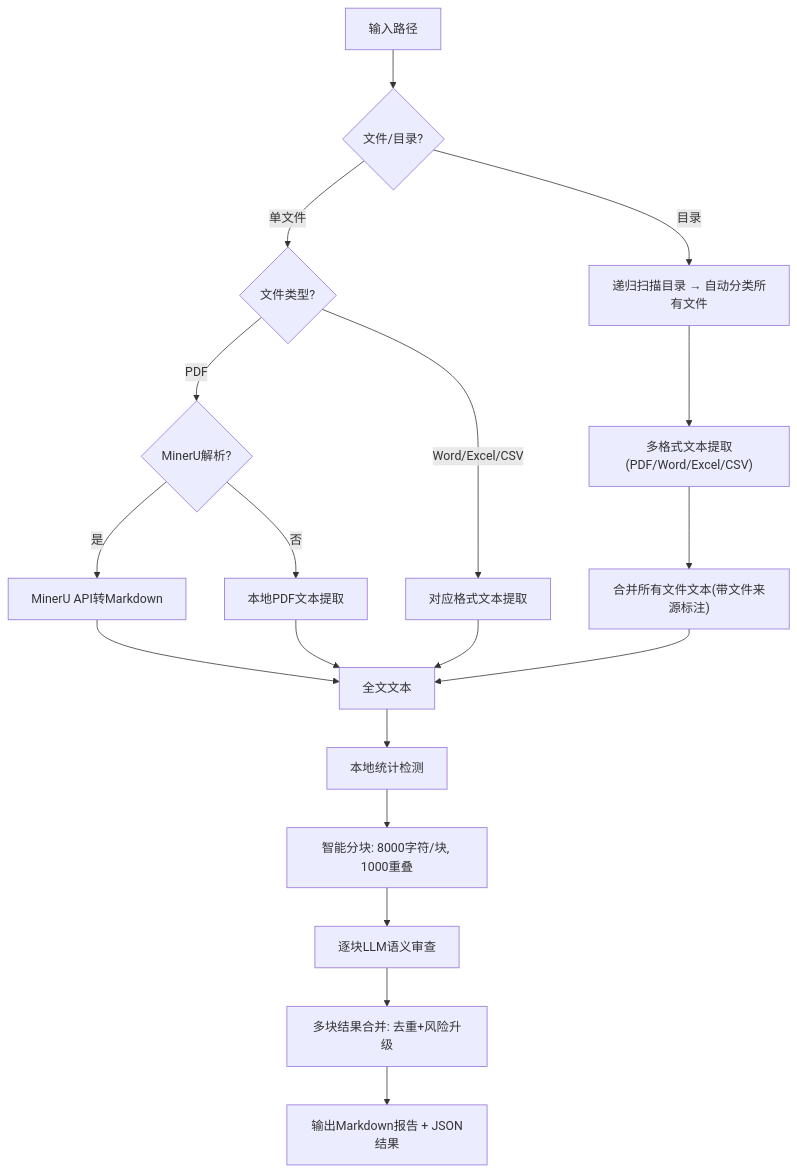
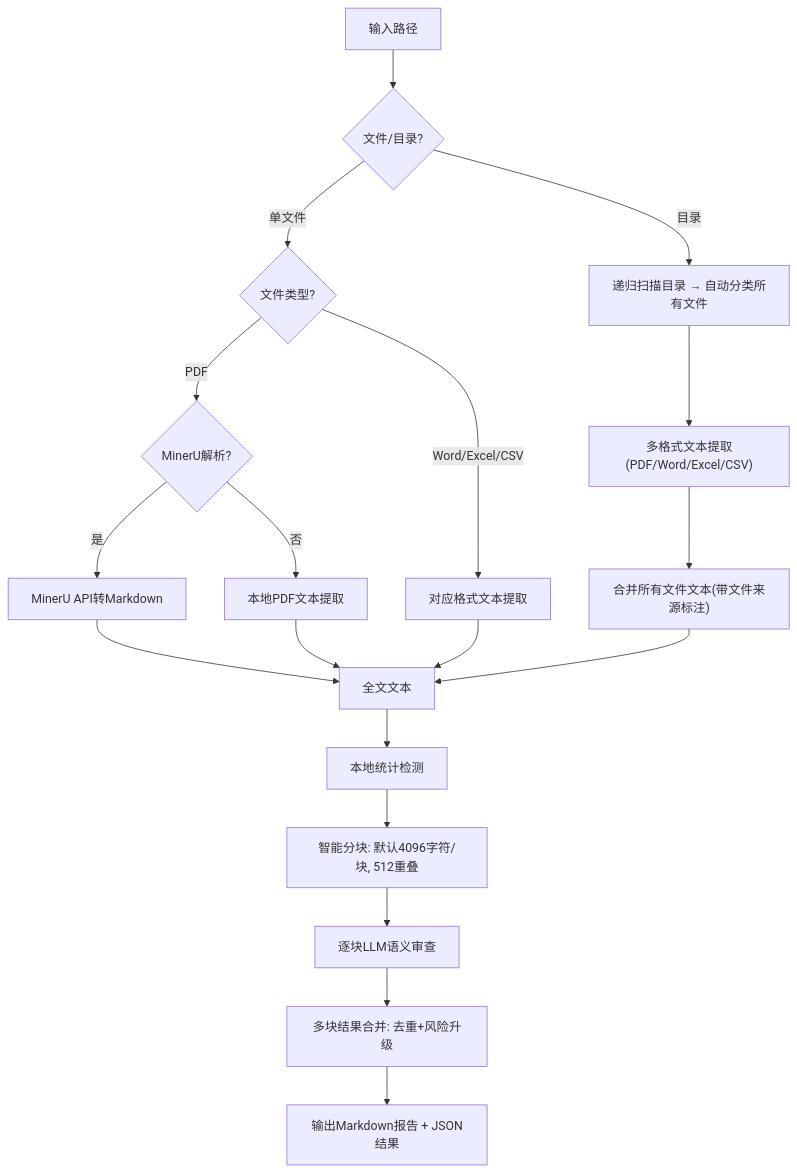
One commit to BevalZ/Veritas- changed the diagram in README.md. Above: the diagram before and after it, drawn with Mermaid. The commit also changed other lines of this file and 6 other files, not shown here.

````diff
--- a/README.md
+++ b/README.md
@@ -167,21 +199,21 @@
 ```mermaid
 graph TD
     A["输入路径"] --> B{"文件/目录?"}
     B -->|目录| C["递归扫描目录 → 自动分类所有文件"]
     C --> D["多格式文本提取(PDF/Word/Excel/CSV)"]
     D --> E["合并所有文件文本(带文件来源标注)"]
     B -->|单文件| F{"文件类型?"}
     F -->|PDF| G{"MinerU解析?"}
     G -->|是| H["MinerU API转Markdown"]
     G -->|否| I["本地PDF文本提取"]
     F -->|Word/Excel/CSV| J["对应格式文本提取"]
     H --> K["全文文本"]
     I --> K
     J --> K
     E --> K
     K --> L["本地统计检测"]
-    L --> M["智能分块: 8000字符/块, 1000重叠"]
+    L --> M["智能分块: 默认4096字符/块, 512重叠"]
     M --> N["逐块LLM语义审查"]
     N --> O["多块结果合并: 去重+风险升级"]
     O --> P["输出Markdown报告 + JSON结果"]
 ```
````
